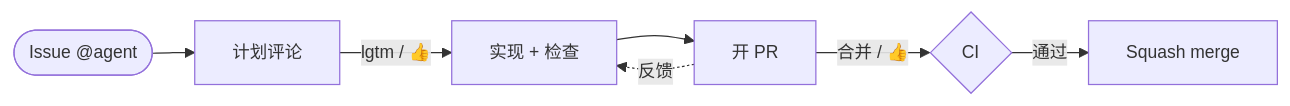
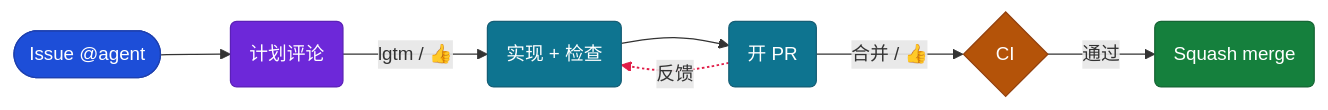
The diagram in README.zh-CN.md (solla-h/gh-issue-killer), drawn with Mermaid before and after one commit. The commit also changed 1 other file, not shown here.

Commit message:
docs(readme): restyle the workflow mermaid diagrams (#41)
The workflow diagram used mermaid's default theme: pale boxes with thin
borders, and the dashed feedback edge sat right on top of the
`merge / 👍` label next to it. The English README also still carried the
Chinese `合并` label.

Colour the nodes by stage (trigger pill, plan, implementation/PR, CI
decision, merge), keep solid fills with white text so both of GitHub's
themes stay readable, and widen nodeSpacing/rankSpacing so the feedback
loop and its label no longer crowd the merge edge. The topology and the
single-row strip are unchanged.

The feedback edge is tinted through linkStyle; if GitHub drops that
inline style it simply stays dashed, so the diagram cannot fail to render.

````diff
--- a/README.zh-CN.md
+++ b/README.zh-CN.md
@@ -12,10 +12,25 @@
 ```mermaid
-%%{init: {"themeVariables": {"fontSize": "14px"}, "flowchart": {"nodeSpacing": 20, "rankSpacing": 34}}}%%
+%%{init: {"themeVariables": {"fontSize": "15px"}, "flowchart": {"nodeSpacing": 64, "rankSpacing": 56}}}%%
 flowchart LR
-    A(["Issue @agent"]) --> B["计划评论"]
-    B -- "lgtm / 👍" --> C["实现 + 检查"]
-    C --> D["开 PR"]
+    A(["Issue @agent"]) --> B("计划评论")
+    B -- "lgtm / 👍" --> C("实现 + 检查")
+    C --> D("开 PR")
     D -. "反馈" .-> C
     D -- "合并 / 👍" --> E{"CI"}
-    E -- "通过" --> F["Squash merge"]
+    E -- "通过" --> F("Squash merge")
+
+    classDef trigger fill:#1d4ed8,stroke:#1e40af,color:#ffffff
+    classDef plan fill:#6d28d9,stroke:#5b21b6,color:#ffffff
+    classDef work fill:#0e7490,stroke:#155e75,color:#ffffff
+    classDef ci fill:#b45309,stroke:#92400e,color:#ffffff
+    classDef done fill:#15803d,stroke:#166534,color:#ffffff
+
+    class A trigger
+    class B plan
+    class C,D work
+    class E ci
+    class F done
+
+    %% the dashed back edge (4th declared link) is the feedback loop
+    linkStyle 3 stroke:#e11d48,stroke-width:1.5px
 ```
````
